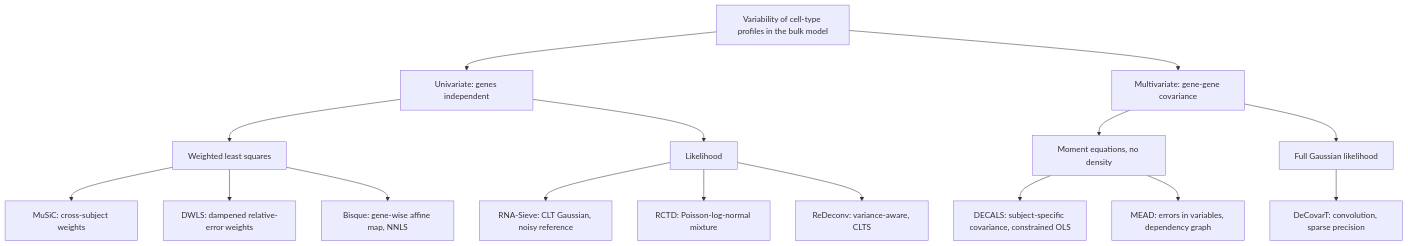
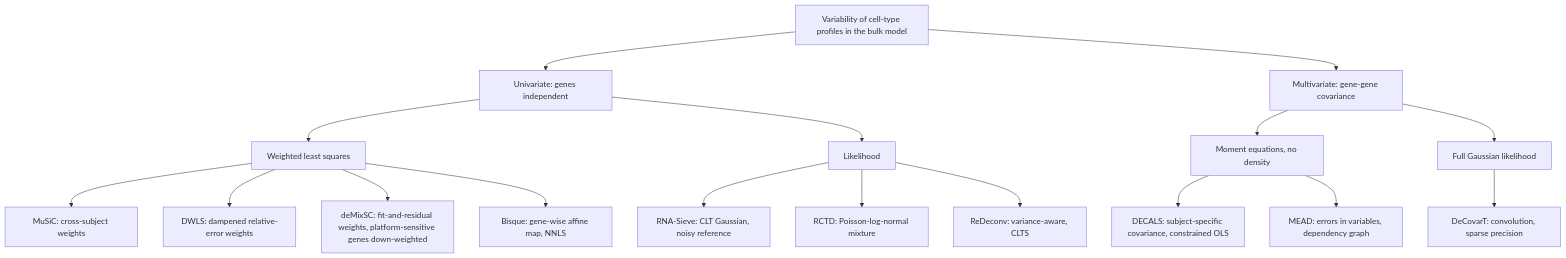
The third of 3 diagrams in articles/theory-review-distribution-aware-deconvolution.md (bastienchassagnol/DeCovarT), drawn with Mermaid before and after one commit. The commit also changed other lines of this file and 56 other files, not shown here.

````diff
--- a/articles/theory-review-distribution-aware-deconvolution.md
+++ b/articles/theory-review-distribution-aware-deconvolution.md
@@ -413,20 +419,21 @@
 ``` mermaid
 %%{init: {"theme": "sandstone", "flowchart": {"curve": "basis"}}}%%
 flowchart TD
   root["Variability of cell-type profiles in the bulk model"]
   root --> uni["Univariate: genes independent"]
   root --> multi["Multivariate: gene-gene covariance"]
   uni --> ureg["Weighted least squares"]
   uni --> ulik["Likelihood"]
   ureg --> music["MuSiC: cross-subject weights"]
   ureg --> dwls["DWLS: dampened relative-error weights"]
+  ureg --> demixsc["deMixSC: fit-and-residual weights, platform-sensitive genes down-weighted"]
   ureg --> bisque["Bisque: gene-wise affine map, NNLS"]
   ulik --> sieve["RNA-Sieve: CLT Gaussian, noisy reference"]
   ulik --> rctd["RCTD: Poisson-log-normal mixture"]
   ulik --> redeconv["ReDeconv: variance-aware, CLTS"]
   multi --> mmom["Moment equations, no density"]
   multi --> mlik["Full Gaussian likelihood"]
   mmom --> decals["DECALS: subject-specific covariance, constrained OLS"]
   mmom --> mead["MEAD: errors in variables, dependency graph"]
   mlik --> deco["DeCovarT: convolution, sparse precision"]
 ```
````
